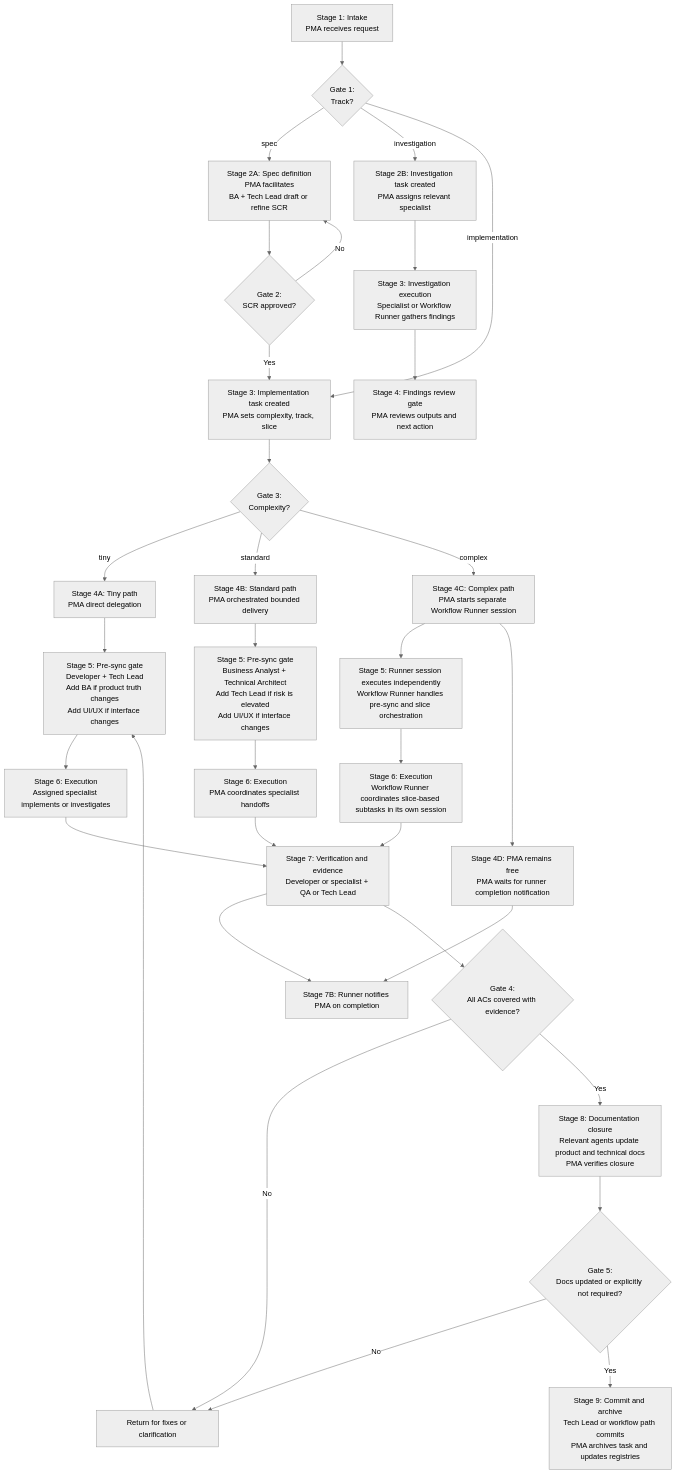
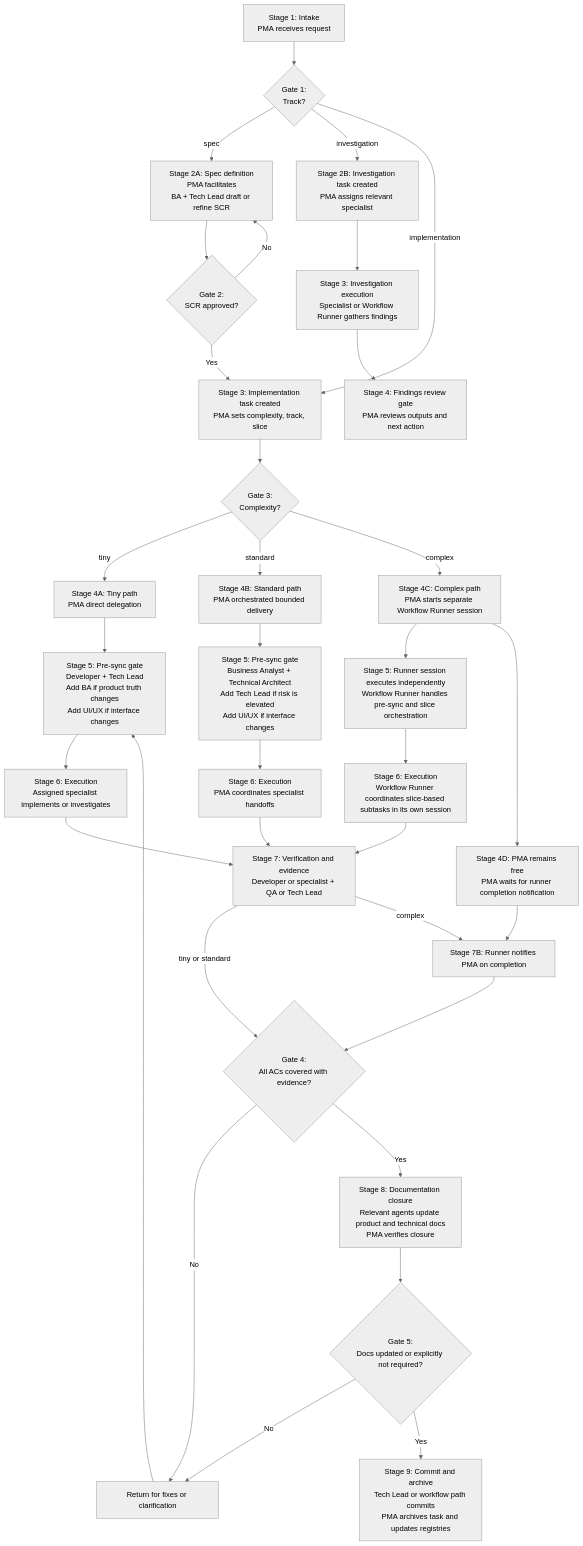
Before and after one commit to NeuralNomadsAI/NomadWorks: the diagram in README.md, drawn with Mermaid (neutral theme).

Commit message:
docs: fix runner notification path in workflow chart

````diff
--- a/README.md
+++ b/README.md
@@ -73,44 +73,45 @@
 ```mermaid
 flowchart TD
     A[Stage 1: Intake<br/>PMA receives request] --> B{Gate 1:<br/>Track?}
 
     B -->|spec| C[Stage 2A: Spec definition<br/>PMA facilitates<br/>BA + Tech Lead draft or refine SCR]
     C --> D{Gate 2:<br/>SCR approved?}
     D -->|No| C
     D -->|Yes| E[Stage 3: Implementation task created<br/>PMA sets complexity, track, slice]
 
     B -->|investigation| F[Stage 2B: Investigation task created<br/>PMA assigns relevant specialist]
     F --> G[Stage 3: Investigation execution<br/>Specialist or Workflow Runner gathers findings]
     G --> H[Stage 4: Findings review gate<br/>PMA reviews outputs and next action]
 
     B -->|implementation| E
 
     E --> I{Gate 3:<br/>Complexity?}
     I -->|tiny| J[Stage 4A: Tiny path<br/>PMA direct delegation]
     I -->|standard| K[Stage 4B: Standard path<br/>PMA orchestrated bounded delivery]
     I -->|complex| L[Stage 4C: Complex path<br/>PMA starts separate Workflow Runner session]
 
     J --> M[Stage 5: Pre-sync gate<br/>Developer + Tech Lead<br/>Add BA if product truth changes<br/>Add UI/UX if interface changes]
     K --> N[Stage 5: Pre-sync gate<br/>Business Analyst + Technical Architect<br/>Add Tech Lead if risk is elevated<br/>Add UI/UX if interface changes]
     L --> O[Stage 5: Runner session executes independently<br/>Workflow Runner handles pre-sync and slice orchestration]
     L --> L2[Stage 4D: PMA remains free<br/>PMA waits for runner completion notification]
 
     M --> P[Stage 6: Execution<br/>Assigned specialist implements or investigates]
     N --> Q[Stage 6: Execution<br/>PMA coordinates specialist handoffs]
     O --> R[Stage 6: Execution<br/>Workflow Runner coordinates slice-based subtasks in its own session]
 
     P --> S[Stage 7: Verification and evidence<br/>Developer or specialist + QA or Tech Lead]
     Q --> S
     R --> S
-    S --> L3[Stage 7B: Runner notifies PMA on completion]
+    S -->|tiny or standard| T{Gate 4:<br/>All ACs covered with evidence?}
+    S -->|complex| L3[Stage 7B: Runner notifies PMA on completion]
     L2 --> L3
+    L3 --> T
 
-    S --> T{Gate 4:<br/>All ACs covered with evidence?}
     T -->|No| U[Return for fixes or clarification]
     U --> M
     T -->|Yes| V[Stage 8: Documentation closure<br/>Relevant agents update product and technical docs<br/>PMA verifies closure]
 
     V --> W{Gate 5:<br/>Docs updated or explicitly not required?}
     W -->|No| U
     W -->|Yes| X[Stage 9: Commit and archive<br/>Tech Lead or workflow path commits<br/>PMA archives task and updates registries]
 ```
````
